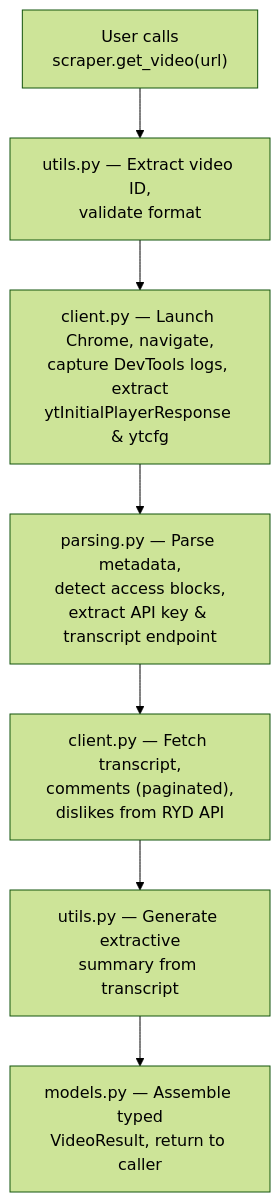
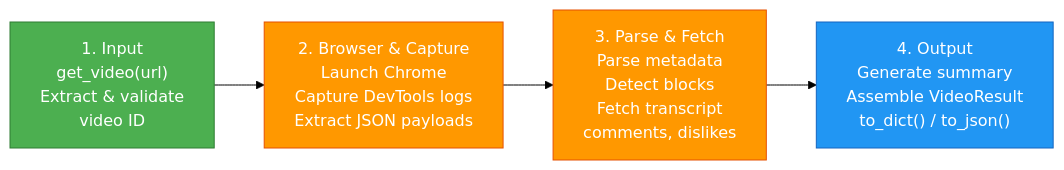
The diagram in docs/images/scrape-flow.mmd (DIP-RO/youtube-scrapper), drawn with Mermaid (forest theme) before and after one commit. The commit also changed 8 other files, not shown here.

First line of the commit message:
Redesign diagrams: compact 4-step flowchart with color-coded PNG

```diff
--- a/docs/images/scrape-flow.mmd
+++ b/docs/images/scrape-flow.mmd
@@ -1,15 +1,12 @@
-flowchart TD
-    Start["User calls<br/>scraper.get_video(url)"]
-    Utils1["utils.py — Extract video ID,<br/>validate format"]
-    Client1["client.py — Launch Chrome, navigate,<br/>capture DevTools logs, extract<br/>ytInitialPlayerResponse & ytcfg"]
-    Parsing["parsing.py — Parse metadata,<br/>detect access blocks,<br/>extract API key & transcript endpoint"]
-    Client2["client.py — Fetch transcript,<br/>comments (paginated),<br/>dislikes from RYD API"]
-    Utils2["utils.py — Generate extractive<br/>summary from transcript"]
-    Models["models.py — Assemble typed<br/>VideoResult, return to caller"]
+flowchart LR
+    A["1. Input<br/>get_video(url)<br/>Extract & validate<br/>video ID"]
+    B["2. Browser & Capture<br/>Launch Chrome<br/>Capture DevTools logs<br/>Extract JSON payloads"]
+    C["3. Parse & Fetch<br/>Parse metadata<br/>Detect blocks<br/>Fetch transcript<br/>comments, dislikes"]
+    D["4. Output<br/>Generate summary<br/>Assemble VideoResult<br/>to_dict() / to_json()"]
 
-    Start --> Utils1
-    Utils1 --> Client1
-    Client1 --> Parsing
-    Parsing --> Client2
-    Client2 --> Utils2
-    Utils2 --> Models
+    A --> B --> C --> D
+
+    style A fill:#4CAF50,stroke:#2E7D32,color:#fff
+    style B fill:#FF9800,stroke:#E65100,color:#fff
+    style C fill:#FF9800,stroke:#E65100,color:#fff
+    style D fill:#2196F3,stroke:#1565C0,color:#fff
```
